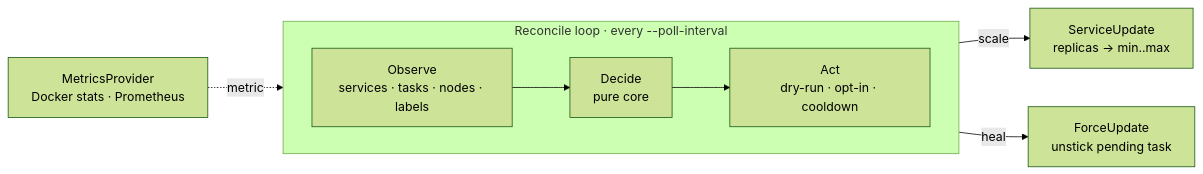
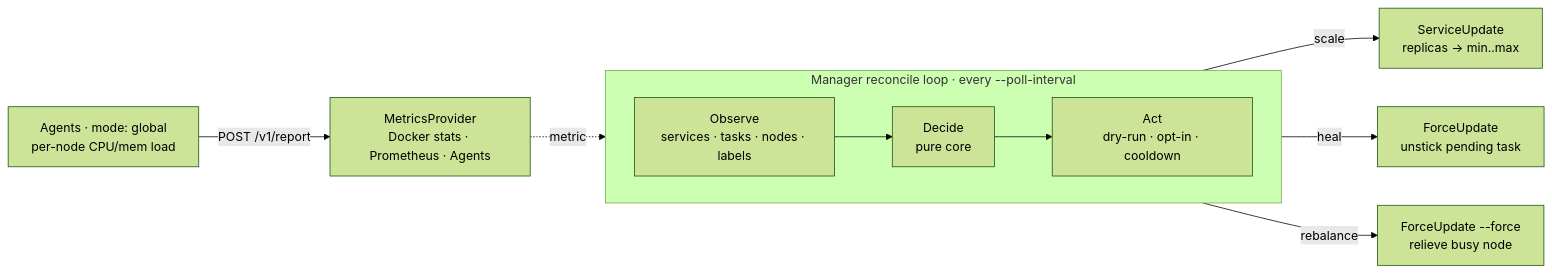
Before and after one commit to Aleksey512/swarm-hpa: the diagram in README.md, drawn with Mermaid (forest theme). The commit also changed other lines of this file and 18 other files, not shown here.

First line of the commit message:
feat: agent/node/rebalance metrics + manager/agent deploy & docs

````diff
--- a/README.md
+++ b/README.md
@@ -73,11 +78,14 @@
 ```mermaid
 flowchart LR
-  M["MetricsProvider<br/>Docker stats · Prometheus"]
-  subgraph loop["Reconcile loop · every --poll-interval"]
+  AG["Agents · mode: global<br/>per-node CPU/mem load"]
+  M["MetricsProvider<br/>Docker stats · Prometheus · Agents"]
+  subgraph loop["Manager reconcile loop · every --poll-interval"]
     direction LR
     O["Observe<br/>services · tasks · nodes · labels"] --> D["Decide<br/>pure core"] --> A["Act<br/>dry-run · opt-in · cooldown"]
   end
+  AG -->|POST /v1/report| M
   M -. metric .-> D
   A -->|scale| S["ServiceUpdate<br/>replicas → min..max"]
   A -->|heal| H["ForceUpdate<br/>unstick pending task"]
+  A -->|rebalance| R["ForceUpdate --force<br/>relieve busy node"]
 ```
````
